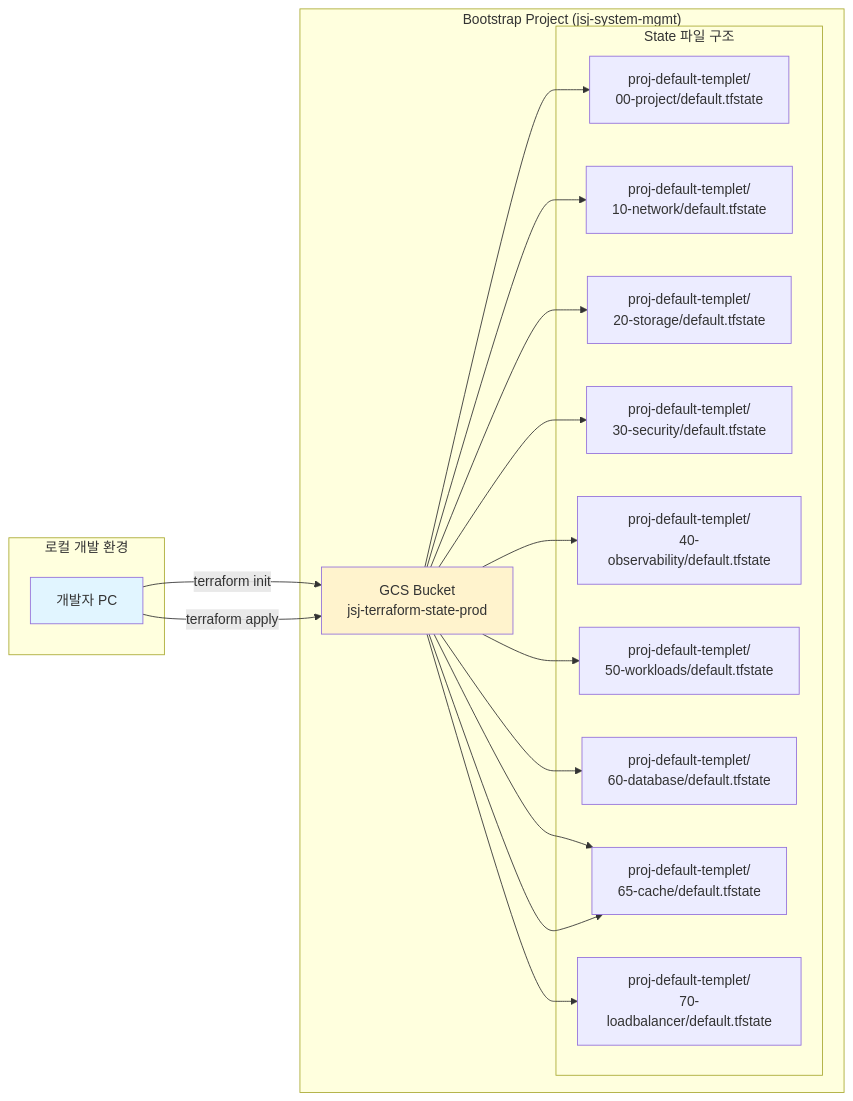
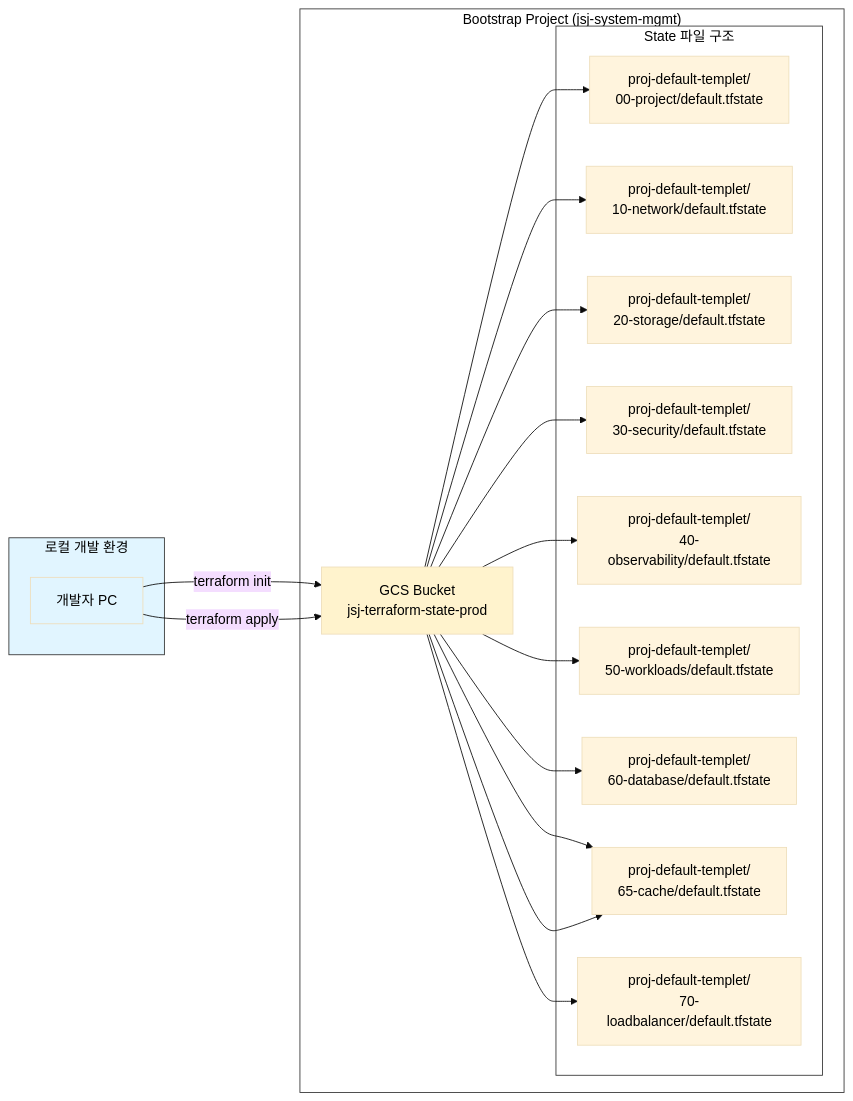
The second of 9 diagrams in terraform_gcp_infra/docs/architecture/diagrams.md (JSJ2337/GCP_terraform_code), drawn with Mermaid before and after one commit. The commit also changed other lines of this file and 5 other files, not shown here.

First line of the commit message:
style: Mermaid 다이어그램 제목 가독성 개선

````diff
--- a/terraform_gcp_infra/docs/architecture/diagrams.md
+++ b/terraform_gcp_infra/docs/architecture/diagrams.md
@@ -97,38 +101,42 @@
 ```mermaid
+%%{init: {'theme': 'base', 'themeVariables': { 'primaryTextColor': '#000000', 'clusterBkg': '#ffffff', 'clusterBorder': '#333333' }}}%%
 graph LR
-    subgraph "로컬 개발 환경"
+    subgraph LocalEnv["로컬 개발 환경"]
         DEV[개발자 PC]
     end
 
-    subgraph "Bootstrap Project (jsj-system-mgmt)"
+    subgraph BootstrapProj["Bootstrap Project (jsj-system-mgmt)"]
         BUCKET[GCS Bucket<br/>jsj-terraform-state-prod]
 
-        subgraph "State 파일 구조"
+        subgraph StateFiles["State 파일 구조"]
             S1[proj-default-templet/<br/>00-project/default.tfstate]
             S2[proj-default-templet/<br/>10-network/default.tfstate]
             S3[proj-default-templet/<br/>20-storage/default.tfstate]
             S4[proj-default-templet/<br/>30-security/default.tfstate]
             S5[proj-default-templet/<br/>40-observability/default.tfstate]
             S6[proj-default-templet/<br/>50-workloads/default.tfstate]
             S7[proj-default-templet/<br/>60-database/default.tfstate]
             S8[proj-default-templet/<br/>65-cache/default.tfstate]
             S9[proj-default-templet/<br/>70-loadbalancer/default.tfstate]
         end
     end
 
     DEV -->|terraform init| BUCKET
     DEV -->|terraform apply| BUCKET
     BUCKET --> S1
     BUCKET --> S2
     BUCKET --> S3
     BUCKET --> S4
     BUCKET --> S5
     BUCKET --> S6
     BUCKET --> S7
     BUCKET --> S8
     BUCKET --> S9
     BUCKET --> S8
 
+    style LocalEnv fill:#e1f5ff,color:#000000
+    style BootstrapProj fill:#ffffff,color:#000000
+    style StateFiles fill:#ffffff,color:#000000
     style BUCKET fill:#fff3cd
     style DEV fill:#e1f5ff
 ```
````
